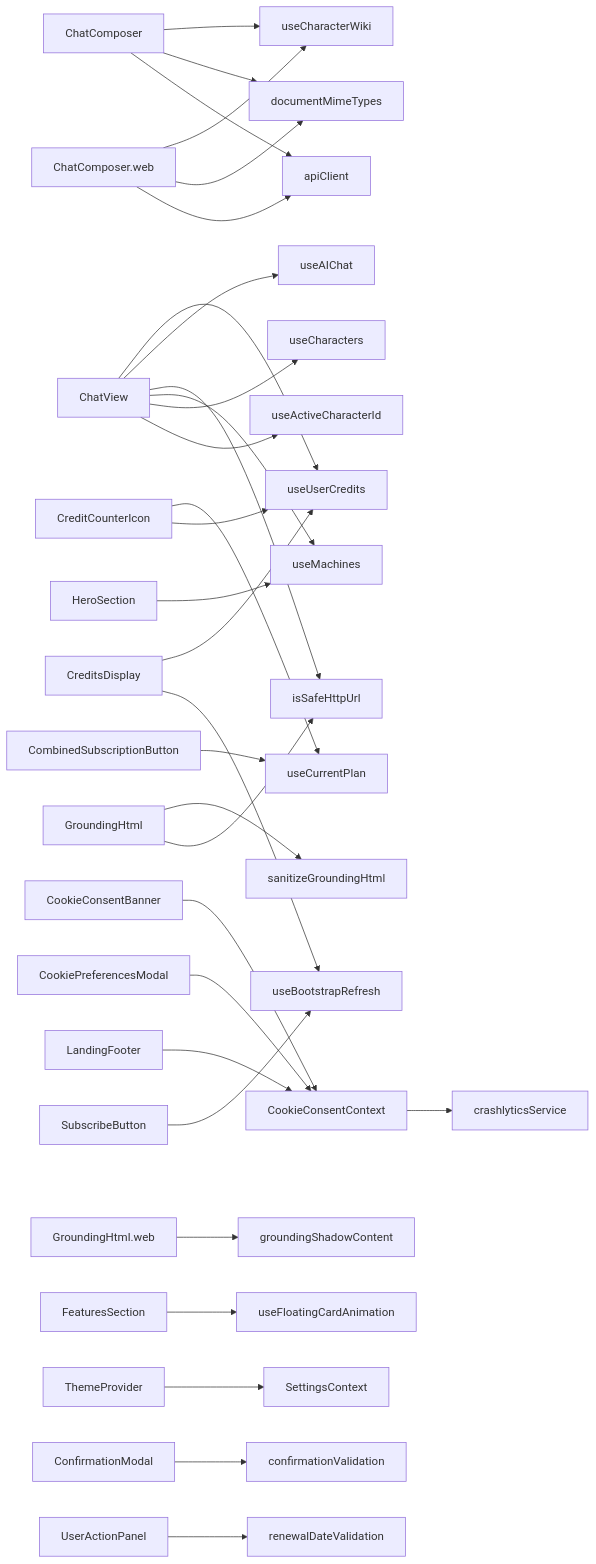
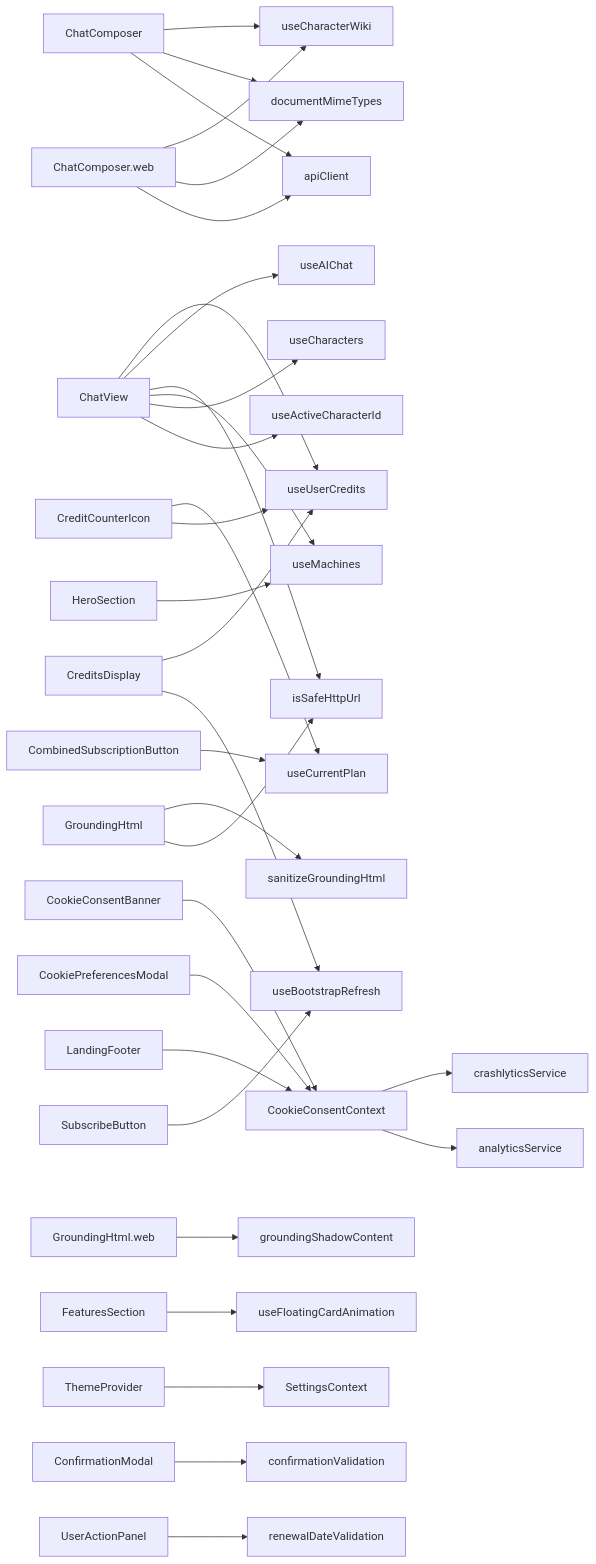
One commit to equationalapplications/clanker changed the diagram in docs/flowcharts/COMPONENTS.md. Above: the diagram before and after it, drawn with Mermaid. The commit also changed 4 other files, not shown here.

First line of the commit message:
docs: update analytics flowcharts and store listing copy

````diff
--- a/docs/flowcharts/COMPONENTS.md
+++ b/docs/flowcharts/COMPONENTS.md
@@ -4,33 +4,34 @@
 ```mermaid
 graph LR
   ChatComposer --> useCharacterWiki
   ChatComposer --> documentMimeTypes
   ChatComposer --> apiClient
   ChatComposer.web --> useCharacterWiki
   ChatComposer.web --> documentMimeTypes
   ChatComposer.web --> apiClient
   ChatView --> useUserCredits
   ChatView --> useAIChat
   ChatView --> isSafeHttpUrl
   ChatView --> useMachines
   ChatView --> useCharacters
   ChatView --> useActiveCharacterId
   CombinedSubscriptionButton --> useCurrentPlan
   CookieConsentBanner --> CookieConsentContext
   CookieConsentContext --> crashlyticsService
+  CookieConsentContext --> analyticsService
   CookiePreferencesModal --> CookieConsentContext
   CreditCounterIcon --> useCurrentPlan
   CreditCounterIcon --> useUserCredits
   CreditsDisplay --> useUserCredits
   CreditsDisplay --> useBootstrapRefresh
   GroundingHtml --> sanitizeGroundingHtml
   GroundingHtml --> isSafeHttpUrl
   GroundingHtml.web --> groundingShadowContent
   FeaturesSection --> useFloatingCardAnimation
   HeroSection --> useMachines
   LandingFooter --> CookieConsentContext
   SubscribeButton --> useBootstrapRefresh
   ThemeProvider --> SettingsContext
   ConfirmationModal --> confirmationValidation
   UserActionPanel --> renewalDateValidation
 ```
````
